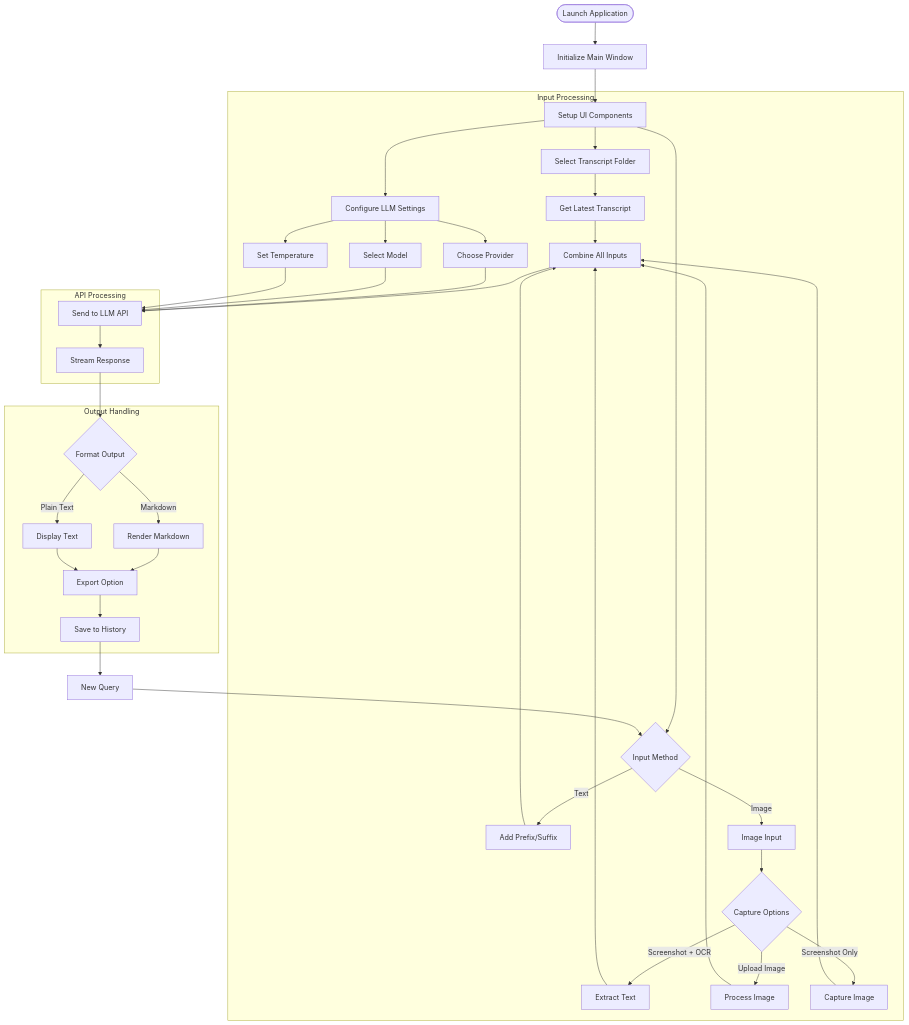
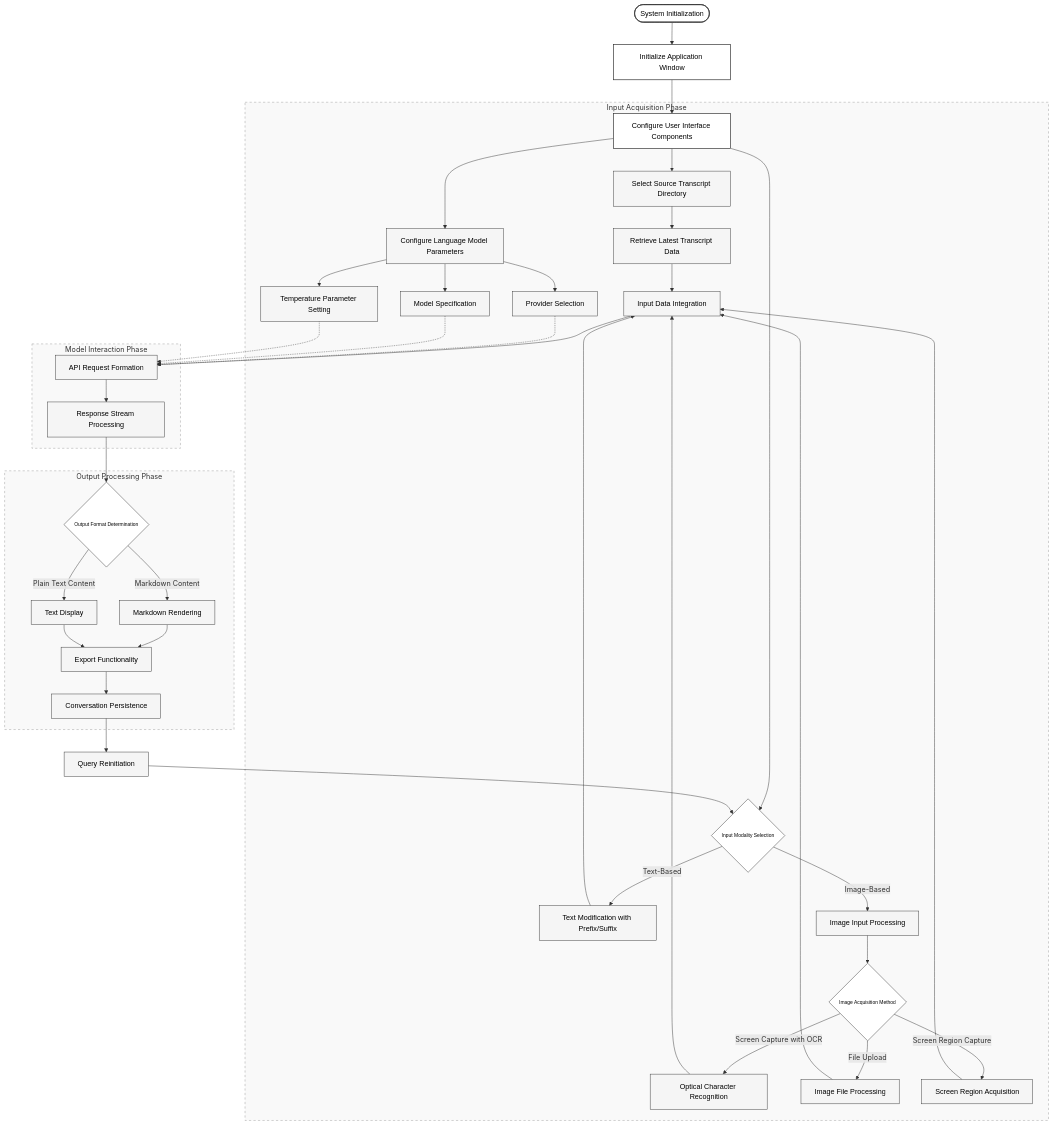
Before and after one commit to Franklyc/Transcript-companion: the diagram in README.md, drawn with Mermaid. The commit also changed 1 other file, not shown here.

Commit message:
refactor: enhance workflow diagrams

````diff
--- a/README.md
+++ b/README.md
@@ -48,50 +48,67 @@
 ```mermaid
 flowchart TD
-    Start([Launch Application]) --> MainWindow[Initialize Main Window]
-    MainWindow --> UI[Setup UI Components]
+    %% Use more formal styling
+    classDef process fill:#f5f5f5,stroke:#333,stroke-width:1px,color:black,font-family:Arial;
+    classDef decision fill:white,stroke:#333,stroke-width:1px,color:black,font-family:Arial,font-size:11px;
+    classDef start fill:white,stroke:#333,stroke-width:1.5px,color:black,font-family:Arial;
     
-    subgraph "Input Processing"
-        UI --> SelectFolder[Select Transcript Folder]
-        UI --> ConfigLLM[Configure LLM Settings]
-        ConfigLLM --> SelectProvider[Choose Provider]
-        ConfigLLM --> SelectModel[Select Model]
-        ConfigLLM --> SetTemperature[Set Temperature]
+    %% Start node and initialization
+    Start([System Initialization]) --> MainWindow[Initialize Application Window]
+    MainWindow --> UI[Configure User Interface Components]
+    
+    subgraph InputPhase["Input Acquisition Phase"]
+        style InputPhase fill:#f9f9f9,stroke:#999,stroke-width:1px,stroke-dasharray: 5 5
         
-        UI --> InputMethods{Input Method}
-        InputMethods -->|Text| CustomText[Add Prefix/Suffix]
-        InputMethods -->|Image| ImageInput[Image Input]
+        UI --> SelectFolder[Select Source Transcript Directory]
+        UI --> ConfigLLM[Configure Language Model Parameters]
+        ConfigLLM --> SelectProvider[Provider Selection]
+        ConfigLLM --> SelectModel[Model Specification]
+        ConfigLLM --> SetTemperature[Temperature Parameter Setting]
         
-        ImageInput --> CaptureOptions{Capture Options}
-        CaptureOptions -->|Screenshot + OCR| OCRProcess[Extract Text]
-        CaptureOptions -->|Upload Image| UploadProcess[Process Image]
-        CaptureOptions -->|Screenshot Only| ScreenshotProcess[Capture Image]
+        UI --> InputMethods{Input Modality Selection}
+        InputMethods -->|Text-Based| CustomText[Text Modification with Prefix/Suffix]
+        InputMethods -->|Image-Based| ImageInput[Image Input Processing]
         
-        SelectFolder --> GetTranscript[Get Latest Transcript]
-        CustomText --> CombineInput[Combine All Inputs]
+        ImageInput --> CaptureOptions{Image Acquisition Method}
+        CaptureOptions -->|Screen Capture with OCR| OCRProcess[Optical Character Recognition]
+        CaptureOptions -->|File Upload| UploadProcess[Image File Processing]
+        CaptureOptions -->|Screen Region Capture| ScreenshotProcess[Screen Region Acquisition]
+        
+        SelectFolder --> GetTranscript[Retrieve Latest Transcript Data]
+        CustomText --> CombineInput[Input Data Integration]
         OCRProcess --> CombineInput
         UploadProcess --> CombineInput
         ScreenshotProcess --> CombineInput
         GetTranscript --> CombineInput
     end
     
-    subgraph "API Processing"
-        CombineInput --> APIRequest[Send to LLM API]
-        SelectProvider --> APIRequest
-        SelectModel --> APIRequest
-        SetTemperature --> APIRequest
-        APIRequest --> StreamResponse[Stream Response]
+    subgraph ModelPhase["Model Interaction Phase"]
+        style ModelPhase fill:#f9f9f9,stroke:#999,stroke-width:1px,stroke-dasharray: 5 5
+        
+        CombineInput --> APIRequest[API Request Formation]
+        SelectProvider -.-> APIRequest
+        SelectModel -.-> APIRequest
+        SetTemperature -.-> APIRequest
+        APIRequest --> StreamResponse[Response Stream Processing]
     end
     
-    subgraph "Output Handling"
-        StreamResponse --> FormatOutput{Format Output}
-        FormatOutput -->|Markdown| RenderMarkdown[Render Markdown]
-        FormatOutput -->|Plain Text| DisplayText[Display Text]
+    subgraph OutputPhase["Output Processing Phase"]
+        style OutputPhase fill:#f9f9f9,stroke:#999,stroke-width:1px,stroke-dasharray: 5 5
         
-        RenderMarkdown --> ExportOption[Export Option]
+        StreamResponse --> FormatOutput{Output Format Determination}
+        FormatOutput -->|Markdown Content| RenderMarkdown[Markdown Rendering]
+        FormatOutput -->|Plain Text Content| DisplayText[Text Display]
+        
+        RenderMarkdown --> ExportOption[Export Functionality]
         DisplayText --> ExportOption
-        ExportOption --> SaveConversation[Save to History]
+        ExportOption --> SaveConversation[Conversation Persistence]
     end
     
-    SaveConversation --> NewQuery[New Query]
+    SaveConversation --> NewQuery[Query Reinitiation]
     NewQuery --> InputMethods
+    
+    %% Apply classes to nodes
+    class Start,MainWindow,UI start;
+    class SelectFolder,ConfigLLM,SelectProvider,SelectModel,SetTemperature,CustomText,ImageInput,OCRProcess,UploadProcess,ScreenshotProcess,GetTranscript,CombineInput,APIRequest,StreamResponse,RenderMarkdown,DisplayText,ExportOption,SaveConversation,NewQuery process;
+    class InputMethods,CaptureOptions,FormatOutput decision;
 ```
````
